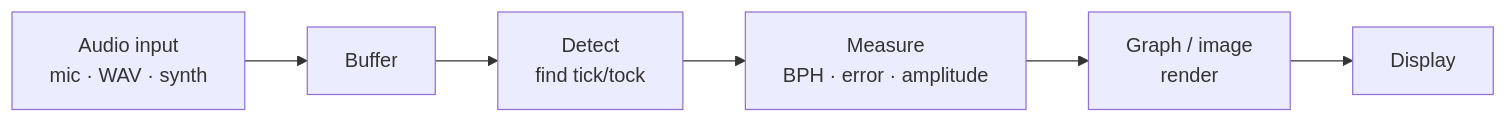
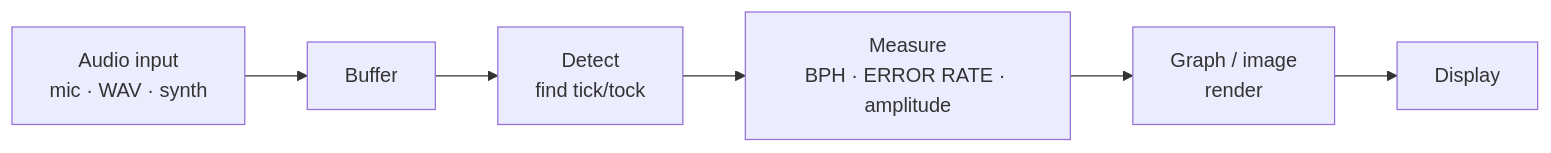
The second of 4 diagrams in README.md (Jae-hong-5/TimeGrapher-Net), drawn with Mermaid before and after one commit. The commit also changed other lines of this file and 108 other files, not shown here.

````diff
--- a/README.md
+++ b/README.md
@@ -190,8 +190,8 @@
 ```mermaid
 flowchart LR
     A["Audio input<br/>mic · WAV · synth"] --> B["Buffer"]
     B --> C["Detect<br/>find tick/tock"]
-    C --> D["Measure<br/>BPH · error · amplitude"]
+    C --> D["Measure<br/>BPH · ERROR RATE · amplitude"]
     D --> E["Graph / image<br/>render"]
     E --> F["Display"]
 ```
````
